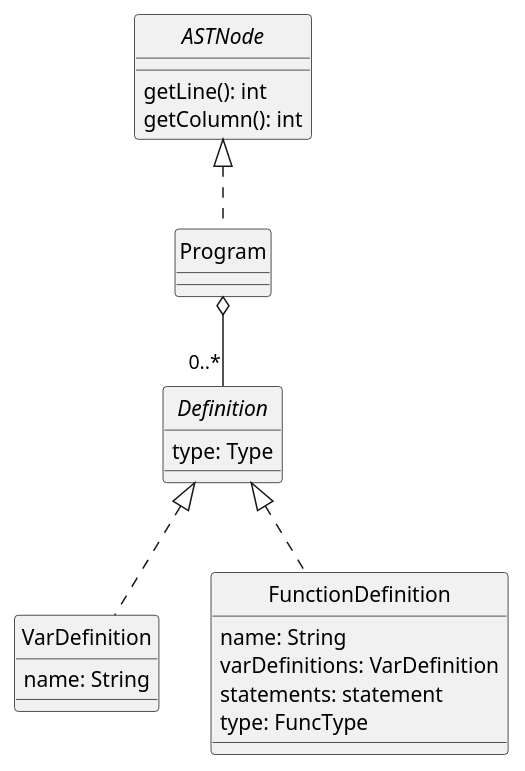
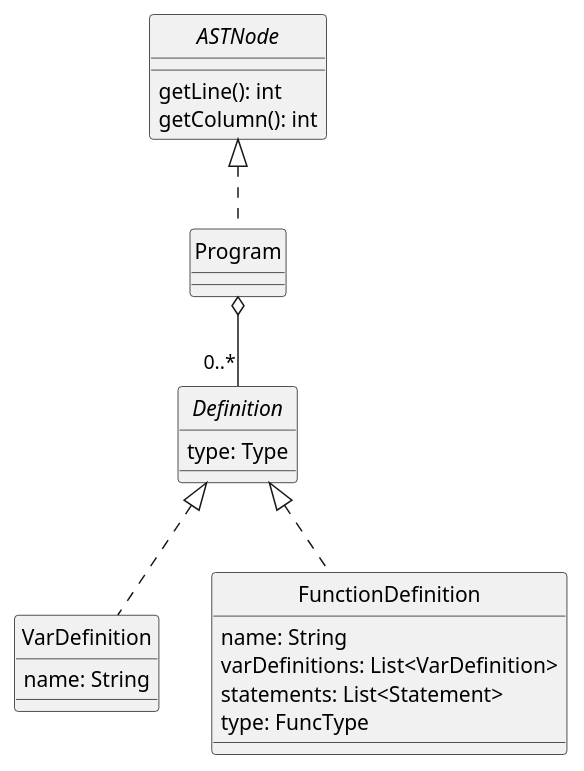
The diagram in docs/diagrams/program.plantuml (JonathanAriass/dlp-examen), drawn with PlantUML before and after one commit. The commit also changed 5 other files, not shown here.

Commit message:
add AST UML changes and start AST java classes

```diff
--- a/docs/diagrams/program.plantuml
+++ b/docs/diagrams/program.plantuml
@@ -1,35 +1,35 @@
 @startuml Program
 skinparam style strictuml
 skinparam monochrome true
 
 
 interface ASTNode {
     getLine(): int
     getColumn(): int
 }
 
 class Program
 
 interface Definition {
     type: Type
 }
 
 class VarDefinition implements Definition {
     name: String
 
 }
 
 class FunctionDefinition implements Definition {
     name: String
-    varDefinitions: VarDefinition
-    statements: statement
+    varDefinitions: List<VarDefinition>
+    statements: List<Statement>
     type: FuncType
 }
 
 
 ASTNode <|.. Program
 Program o-- "0..*" Definition
 
 
 
 @enduml
```
